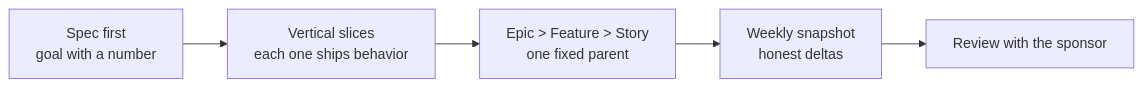
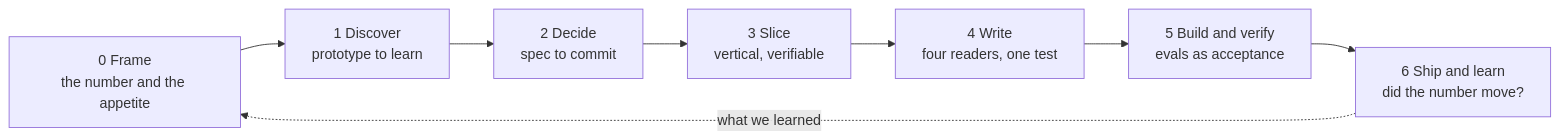
Before and after one commit to Benyoumen/Benyoumen: the first of 2 diagrams in README.md, drawn with Mermaid. The commit also changed other lines of this file and 4 other files, not shown here.

First line of the commit message:
Profile: project cards, live links, workflow and autonomy diagrams

````diff
--- a/README.md
+++ b/README.md
@@ -21,7 +38,8 @@
 ```mermaid
 flowchart LR
-    A["Spec first<br/>goal with a number"] --> B["Vertical slices<br/>each one ships behavior"]
-    B --> C["Epic > Feature > Story<br/>one fixed parent"]
-    C --> D["Weekly snapshot<br/>honest deltas"]
-    D --> E["Review with the sponsor"]
+    F["0 Frame<br/>the number and the appetite"] --> D["1 Discover<br/>prototype to learn"]
+    D --> S["2 Decide<br/>spec to commit"] --> L["3 Slice<br/>vertical, verifiable"]
+    L --> W["4 Write<br/>four readers, one test"] --> B["5 Build and verify<br/>evals as acceptance"]
+    B --> H["6 Ship and learn<br/>did the number move?"]
+    H -. "what we learned" .-> F
 ```
````
